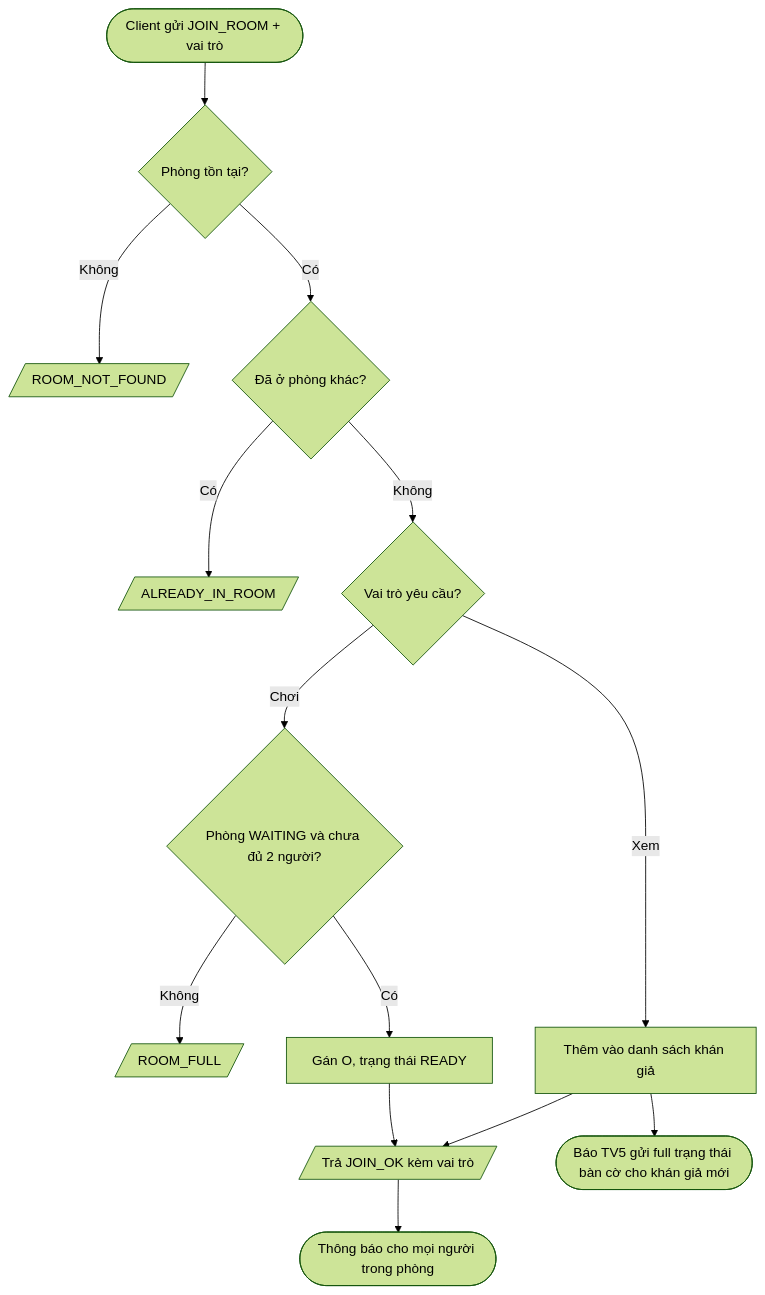
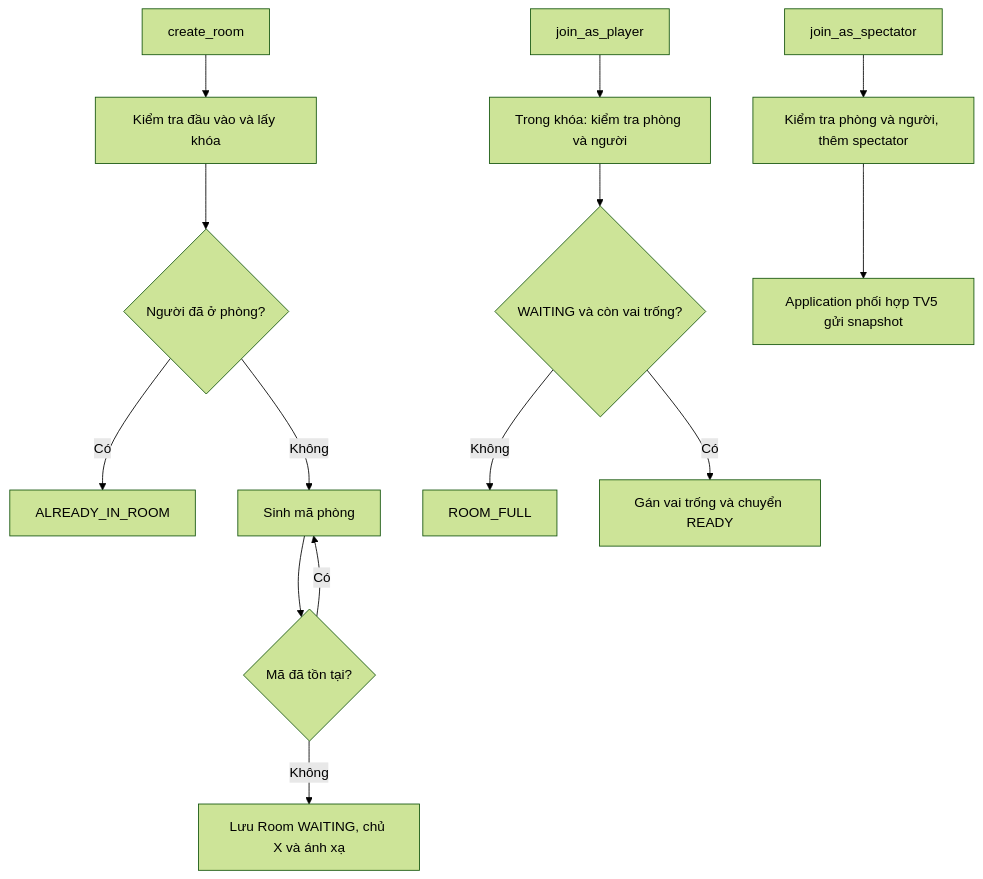
One commit to younglilbon/NET_262701303_03-UDM_16 changed the second of 4 diagrams in DOCX/Design/room_match_analysis.md. Above: the diagram before and after it, drawn with Mermaid (forest theme). The commit also changed other lines of this file and 3 other files, not shown here.

````diff
--- a/DOCX/Design/room_match_analysis.md
+++ b/DOCX/Design/room_match_analysis.md
@@ -104,16 +72,16 @@
 ```mermaid
 flowchart TD
-    A([Client gửi JOIN_ROOM + vai trò]) --> B{Phòng tồn tại?}
-    B -- Không --> E1[/ROOM_NOT_FOUND/]
-    B -- Có --> C{Đã ở phòng khác?}
-    C -- Có --> E2[/ALREADY_IN_ROOM/]
-    C -- Không --> D{Vai trò yêu cầu?}
-    D -- Chơi --> E{Phòng WAITING và chưa đủ 2 người?}
-    E -- Không --> E3[/ROOM_FULL/]
-    E -- Có --> F[Gán O, trạng thái READY]
-    D -- Xem --> G[Thêm vào danh sách khán giả]
-    F --> H[/Trả JOIN_OK kèm vai trò/]
-    G --> H
-    H --> I([Thông báo cho mọi người trong phòng])
-    G --> J([Báo TV5 gửi full trạng thái bàn cờ cho khán giả mới])
+    A[create_room] --> B[Kiểm tra đầu vào và lấy khóa]
+    B --> C{Người đã ở phòng?}
+    C -- Có --> D[ALREADY_IN_ROOM]
+    C -- Không --> E[Sinh mã phòng]
+    E --> F{Mã đã tồn tại?}
+    F -- Có --> E
+    F -- Không --> G[Lưu Room WAITING, chủ X và ánh xạ]
+    H[join_as_player] --> I[Trong khóa: kiểm tra phòng và người]
+    I --> J{WAITING và còn vai trống?}
+    J -- Không --> K[ROOM_FULL]
+    J -- Có --> L[Gán vai trống và chuyển READY]
+    M[join_as_spectator] --> N[Kiểm tra phòng và người, thêm spectator]
+    N --> O[Application phối hợp TV5 gửi snapshot]
 ```
````
